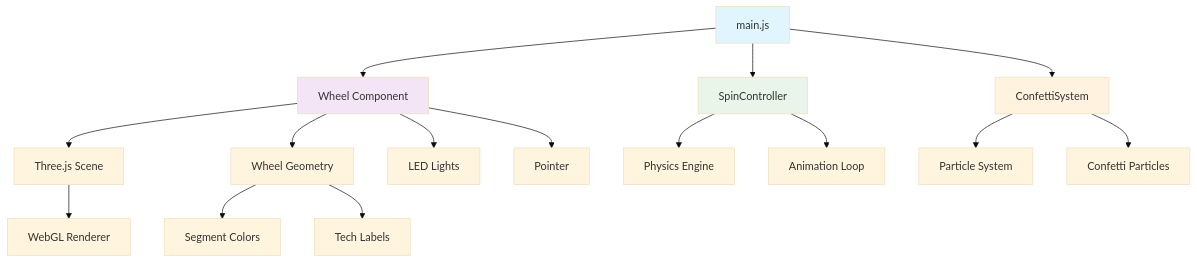
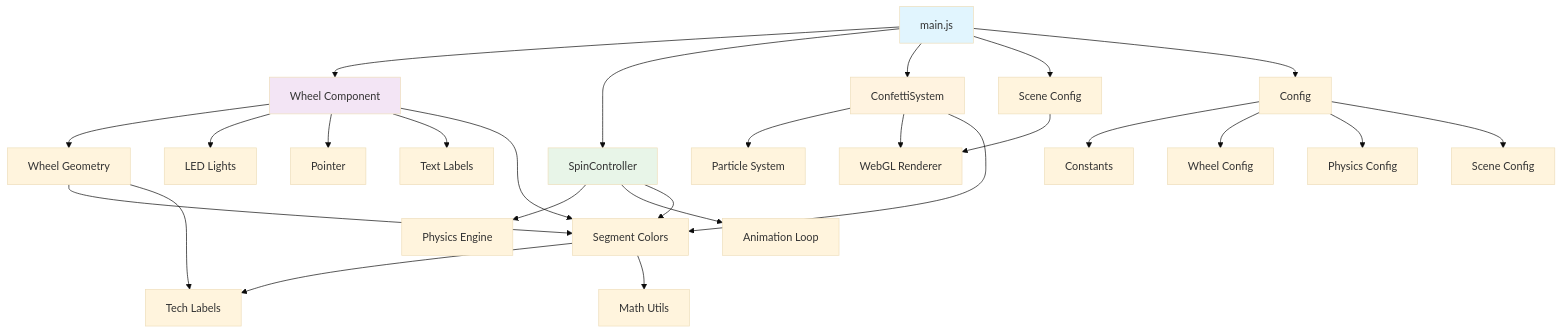
The diagram in README.md (BenjaminSRussell/Wheel), drawn with Mermaid (base theme) before and after one commit. The commit also changed other lines of this file and 10 other files, not shown here.

````diff
--- a/README.md
+++ b/README.md
@@ -34,26 +36,40 @@
 ```mermaid
 graph TD
     A[main.js] --> B[Wheel Component]
     A --> C[SpinController]
     A --> D[ConfettiSystem]
+    A --> E[Scene Config]
 
-    B --> E[Three.js Scene]
     B --> F[Wheel Geometry]
     B --> G[LED Lights]
     B --> H[Pointer]
+    B --> I[Text Labels]
 
-    C --> I[Physics Engine]
-    C --> J[Animation Loop]
+    C --> J[Physics Engine]
+    C --> K[Animation Loop]
 
-    D --> K[Particle System]
-    D --> L[Confetti Particles]
+    D --> L[Particle System]
+    D --> M[Confetti Particles]
+
+    N[Utils] --> O[Crypto Utils]
+    N --> P[Math Utils]
+    
+    Q[Config] --> R[Constants]
+    Q --> S[Wheel Config]
+    Q --> T[Physics Config]
+    Q --> U[Scene Config]
+
+    B --> N
+    C --> N
+    D --> N
+    A --> Q
 
     E --> M[WebGL Renderer]
     F --> N[Segment Colors]
     F --> O[Tech Labels]
 
     style A fill:#e1f5fe
     style B fill:#f3e5f5
     style C fill:#e8f5e8
     style D fill:#fff3e0
 ```
````
